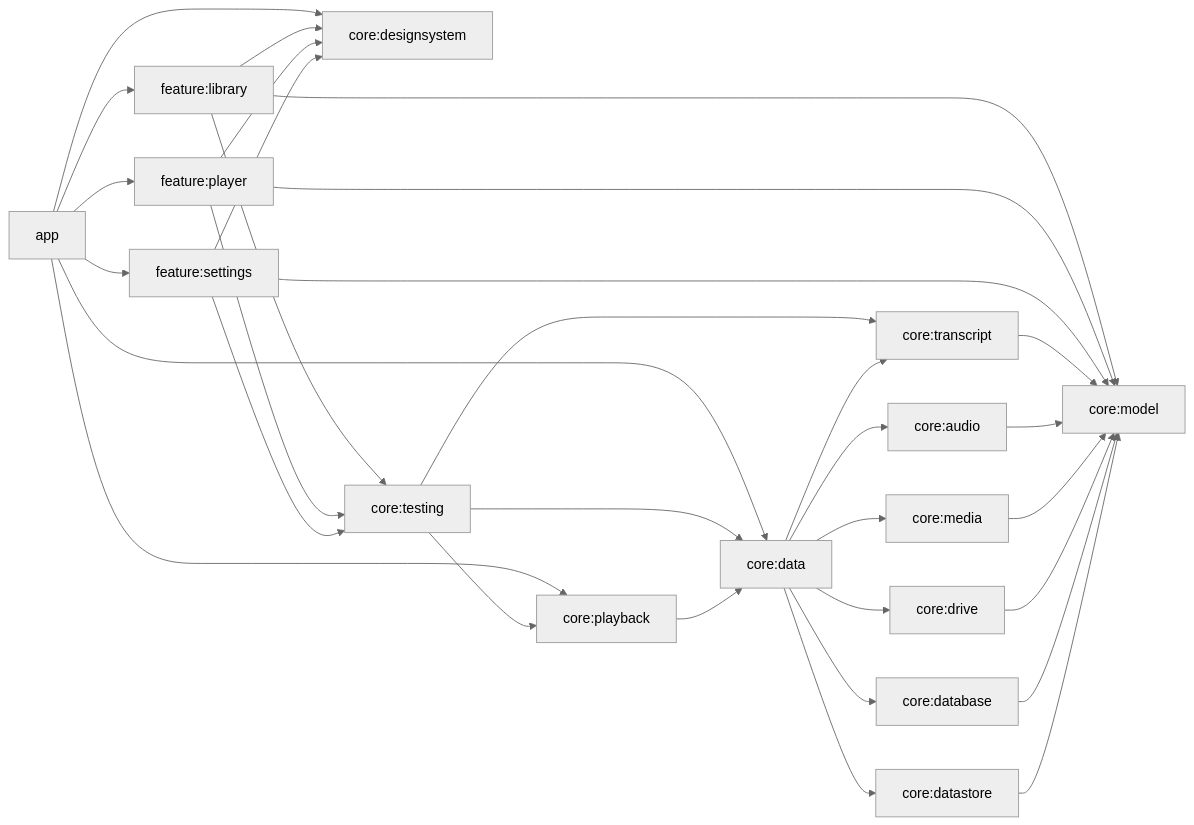
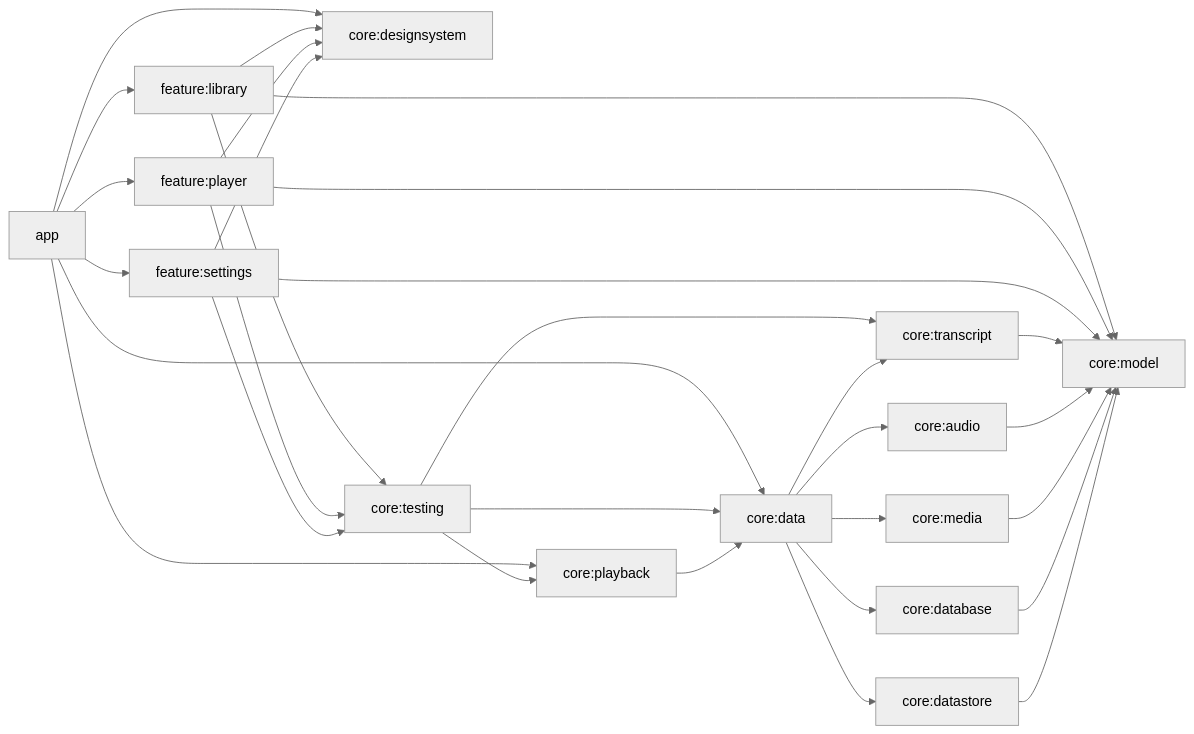
Before and after one commit to miuraken/chunk-flow: the diagram in docs/adr/0001-module-structure-and-versions.md, drawn with Mermaid (neutral theme). The commit also changed other lines of this file and 147 other files, not shown here.

Commit message:
Google Drive 連携（:core:drive・DB・データ層・UI・仕様書）を全面的に廃止

````diff
--- a/docs/adr/0001-module-structure-and-versions.md
+++ b/docs/adr/0001-module-structure-and-versions.md
@@ -30,10 +30,10 @@
 ```mermaid
 flowchart LR
     app --> featureLibrary["feature:library"] & featurePlayer["feature:player"] & featureSettings["feature:settings"]
     app --> data["core:data"] & playback["core:playback"] & designsystem["core:designsystem"]
     featureLibrary & featurePlayer & featureSettings --> designsystem & testing["core:testing"] & model["core:model"]
     testing --> playback & data & transcript["core:transcript"]
     playback --> data
-    data --> transcript & database["core:database"] & datastore["core:datastore"] & media["core:media"] & drive["core:drive"] & audio["core:audio"]
-    transcript & audio & media & drive & database & datastore --> model
+    data --> transcript & database["core:database"] & datastore["core:datastore"] & media["core:media"] & audio["core:audio"]
+    transcript & audio & media & database & datastore --> model
 ```
````
